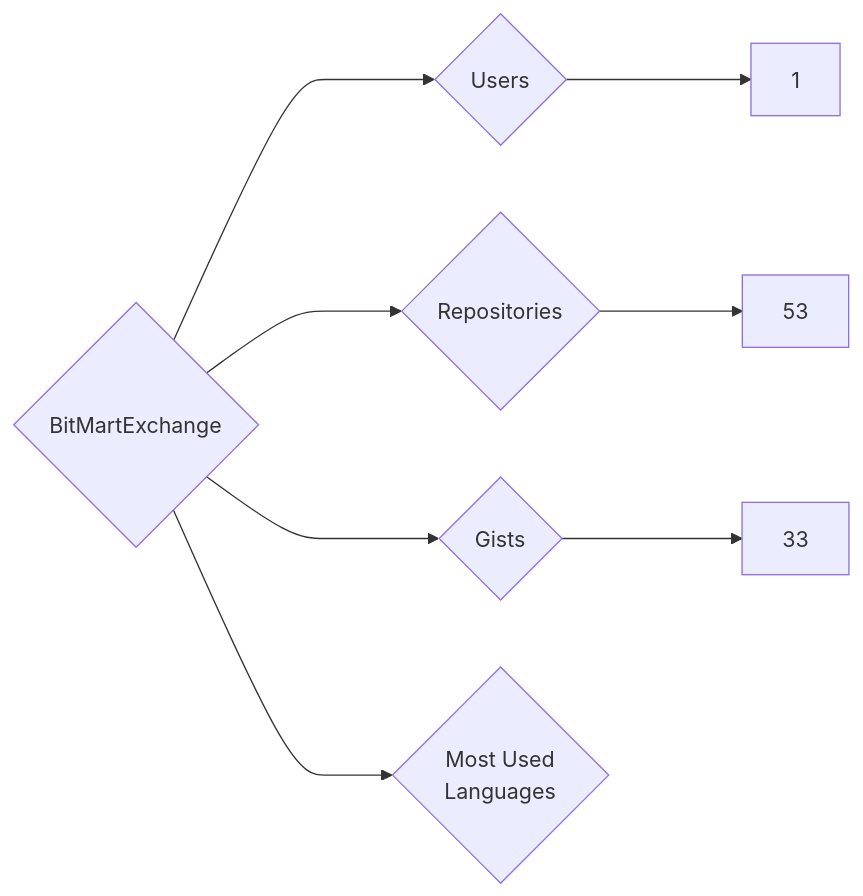
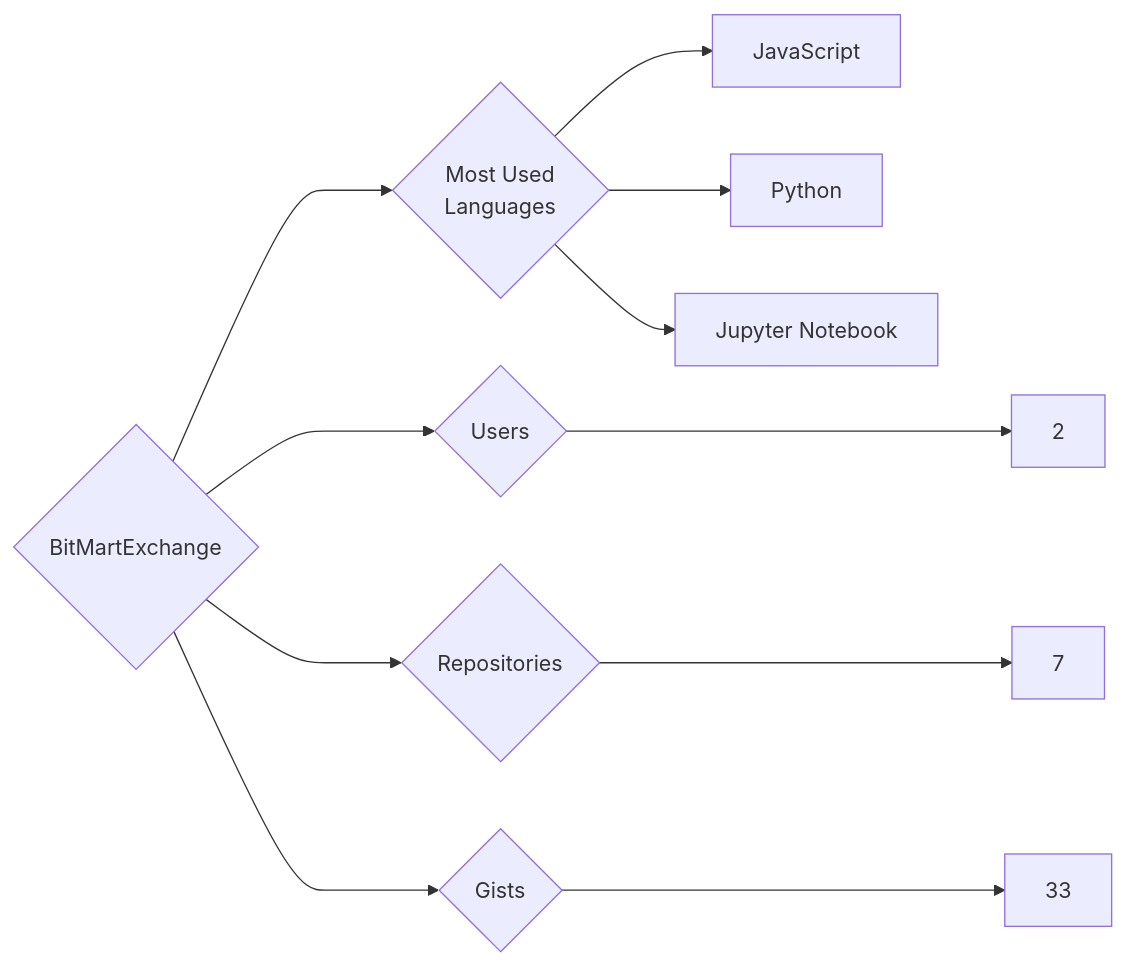
One commit to trickest/insiders changed the diagram in targets/BitMartExchange/README.md. Above: the diagram before and after it, drawn with Mermaid. The commit also changed 985 other files, not shown here.

````diff
--- a/targets/BitMartExchange/README.md
+++ b/targets/BitMartExchange/README.md
@@ -3,8 +3,11 @@
 ```mermaid
 graph LR
 COMPANY_NAME{BitMartExchange}
-COMPANY_NAME ---> U{Users} ---> UN[1]
-COMPANY_NAME ---> R{Repositories} ---> RN[53]
+COMPANY_NAME ---> U{Users} ---> UN[2]
+COMPANY_NAME ---> R{Repositories} ---> RN[7]
 COMPANY_NAME ---> G{Gists} ---> GN[33]
 COMPANY_NAME ---> ML{Most Used<br>Languages}
+ML --> JavaScript[JavaScript]
+ML --> Python[Python]
+ML --> Jupyter_Notebook[Jupyter Notebook]
 ```
````
